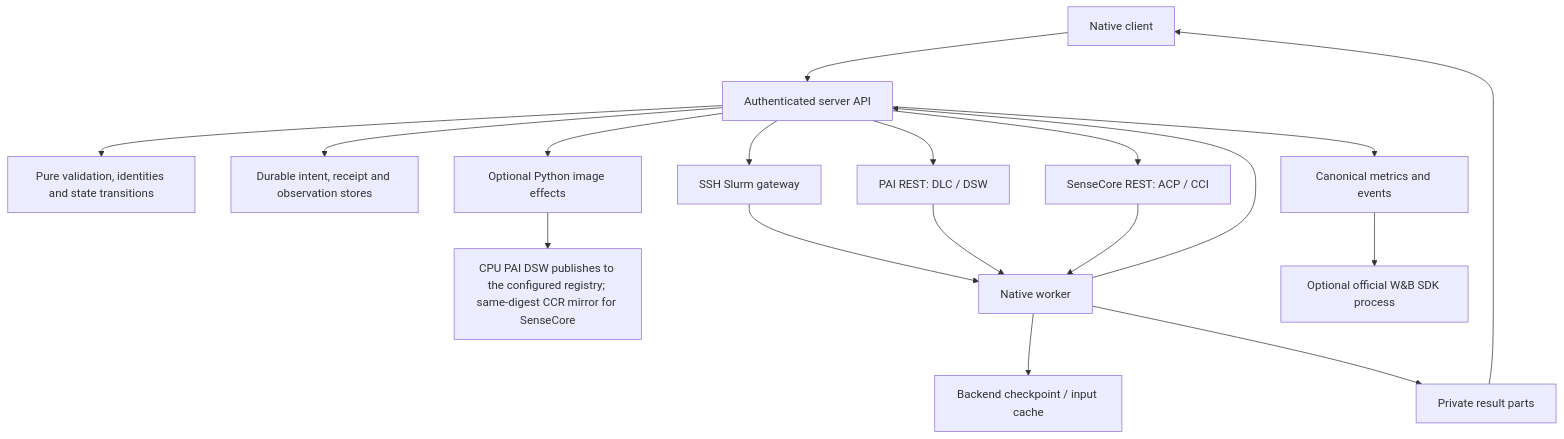
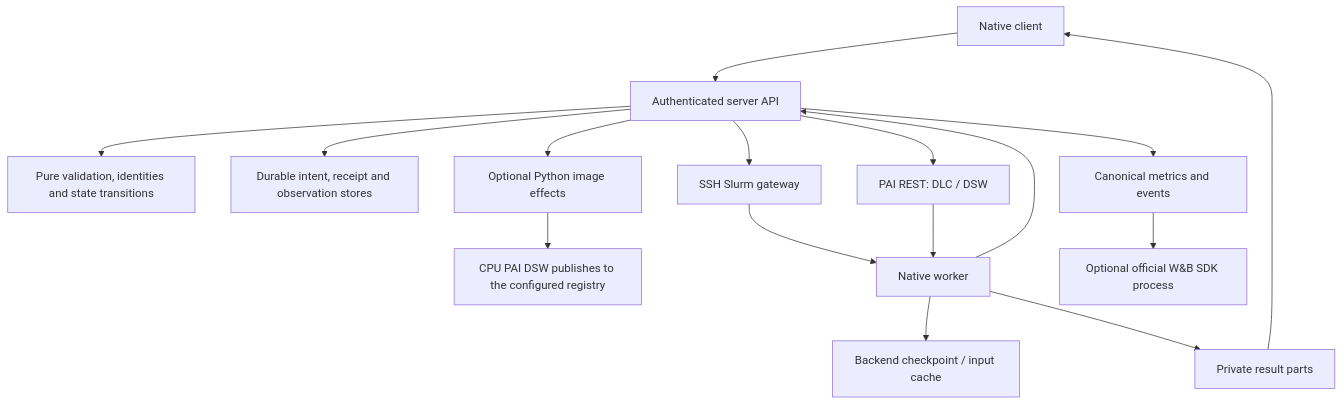
The diagram in docs/acceptance-status.md (NotDesigned/ml-experiment-control), drawn with Mermaid before and after one commit. The commit also changed other lines of this file and 66 other files, not shown here.

````diff
--- a/docs/acceptance-status.md
+++ b/docs/acceptance-status.md
@@ -30,20 +30,18 @@
 ```mermaid
 flowchart TD
     CLI[Native client] --> HTTP[Authenticated server API]
     HTTP --> CORE[Pure validation, identities and state transitions]
     HTTP --> LEDGER[Durable intent, receipt and observation stores]
     HTTP --> SLURM[SSH Slurm gateway]
     HTTP --> PAI[PAI REST: DLC / DSW]
-    HTTP --> SC[SenseCore REST: ACP / CCI]
     HTTP --> BUILD[Optional Python image effects]
-    BUILD --> REGISTRY[CPU PAI DSW publishes to the configured registry; same-digest CCR mirror for SenseCore]
+    BUILD --> REGISTRY[CPU PAI DSW publishes to the configured registry]
     SLURM --> WORKER[Native worker]
     PAI --> WORKER
-    SC --> WORKER
     WORKER --> STATE[Backend checkpoint / input cache]
     WORKER --> OBJECT[Private result parts]
     WORKER --> HTTP
     HTTP --> JOURNAL[Canonical metrics and events]
     JOURNAL --> WB[Optional official W&B SDK process]
     OBJECT --> CLI
 ```
````
